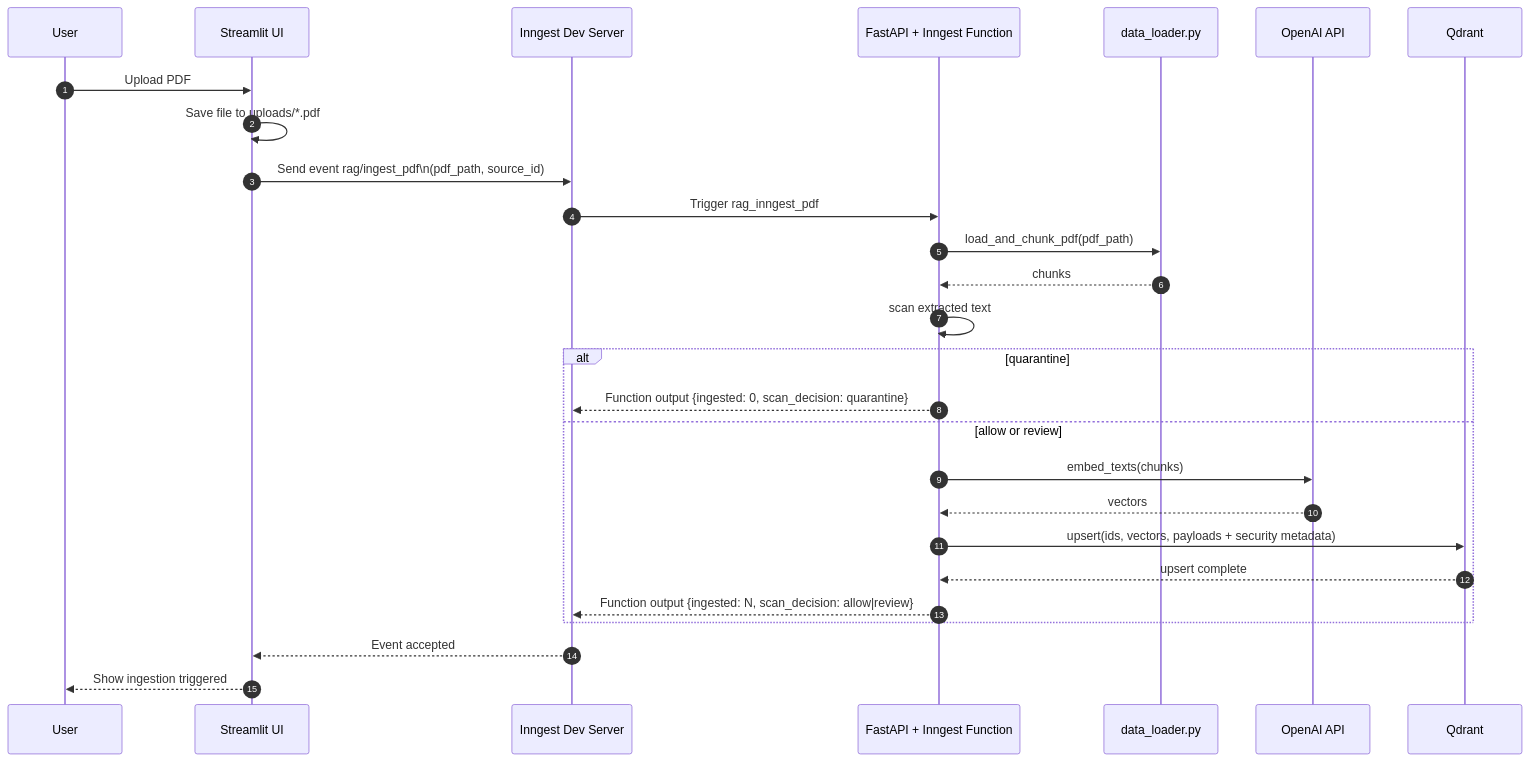
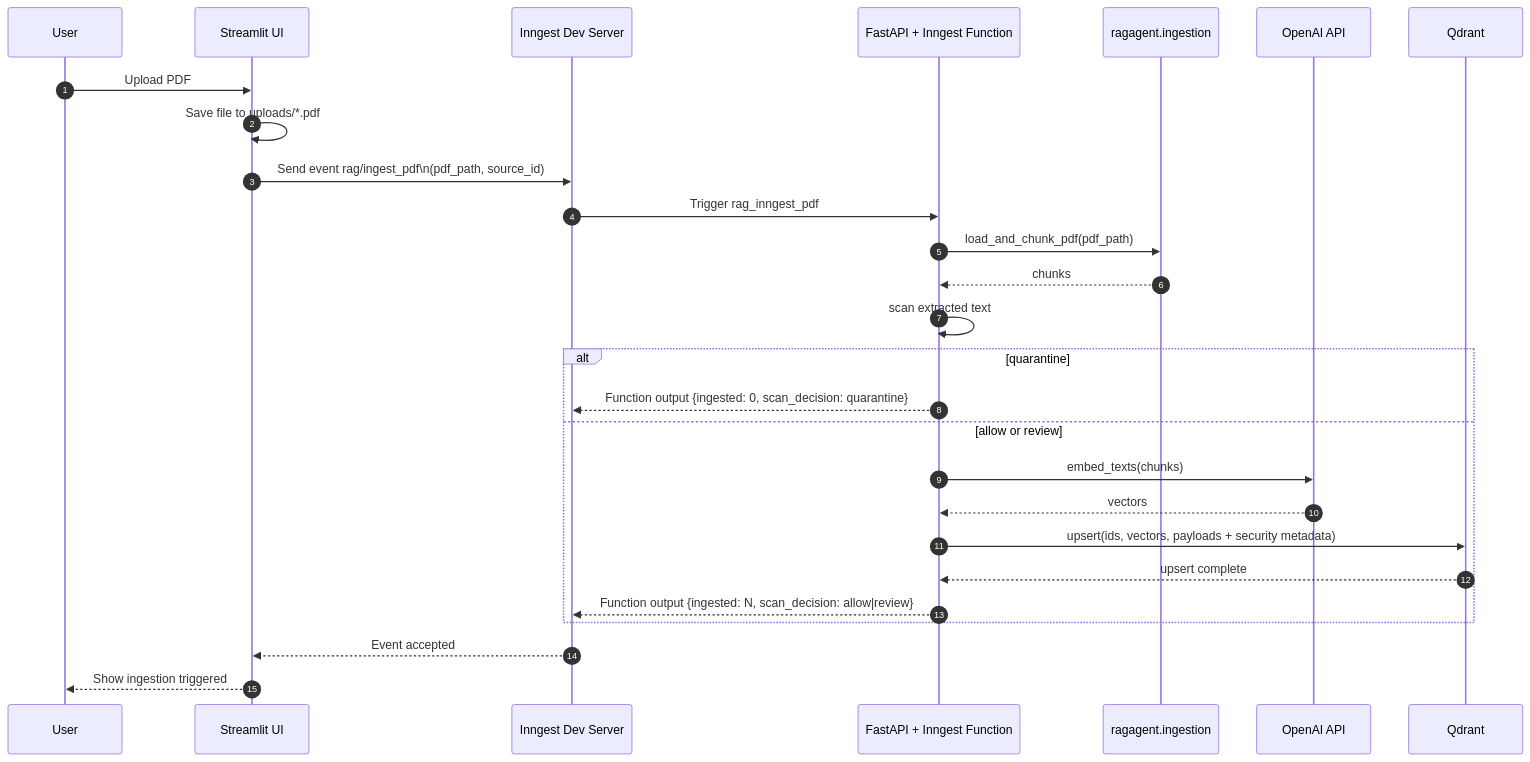
The second of 3 diagrams in README.md (mamun39/RAGAgent), drawn with Mermaid before and after one commit. The commit also changed other lines of this file and 1 other file, not shown here.

````diff
--- a/README.md
+++ b/README.md
@@ -79,30 +82,30 @@
 ```mermaid
 sequenceDiagram
     autonumber
     participant U as User
     participant S as Streamlit UI
     participant I as Inngest Dev Server
     participant A as FastAPI + Inngest Function
-    participant D as data_loader.py
+    participant D as ragagent.ingestion
     participant O as OpenAI API
     participant Q as Qdrant
 
     U->>S: Upload PDF
     S->>S: Save file to uploads/*.pdf
     S->>I: Send event rag/ingest_pdf\n(pdf_path, source_id)
     I->>A: Trigger rag_inngest_pdf
     A->>D: load_and_chunk_pdf(pdf_path)
     D-->>A: chunks
     A->>A: scan extracted text
     alt quarantine
         A-->>I: Function output {ingested: 0, scan_decision: quarantine}
     else allow or review
         A->>O: embed_texts(chunks)
         O-->>A: vectors
         A->>Q: upsert(ids, vectors, payloads + security metadata)
         Q-->>A: upsert complete
         A-->>I: Function output {ingested: N, scan_decision: allow|review}
     end
     I-->>S: Event accepted
     S-->>U: Show ingestion triggered
 ```
````
